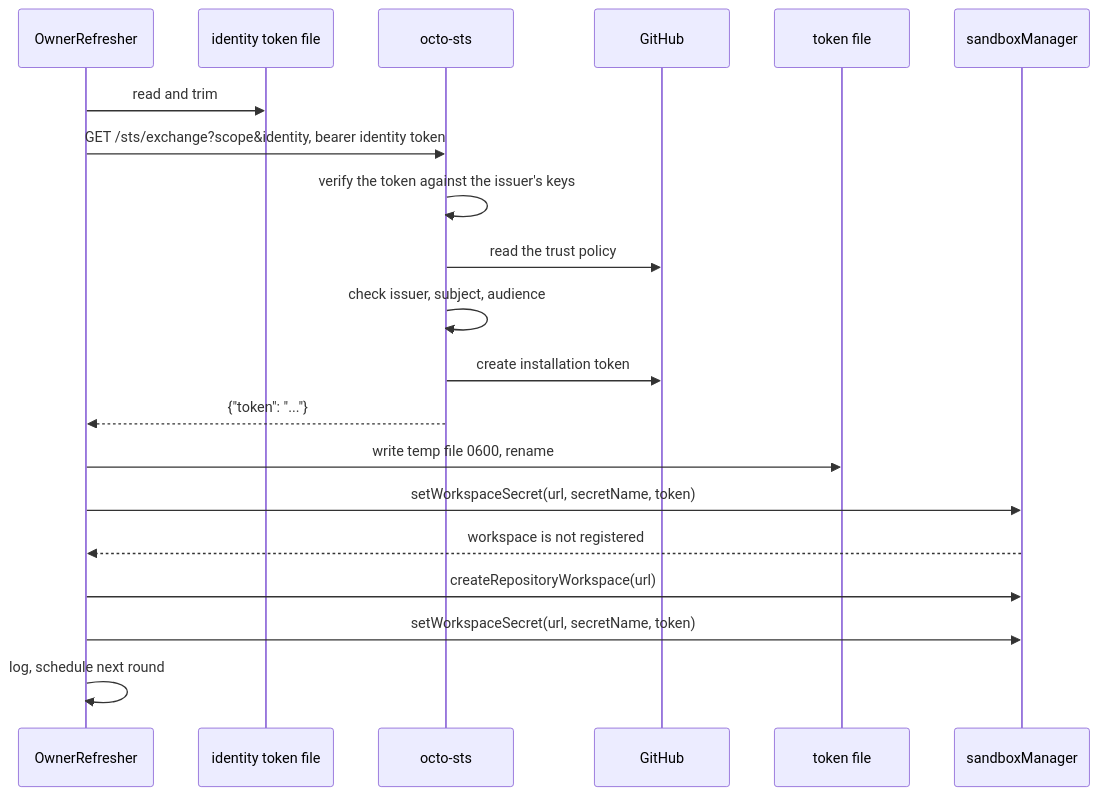
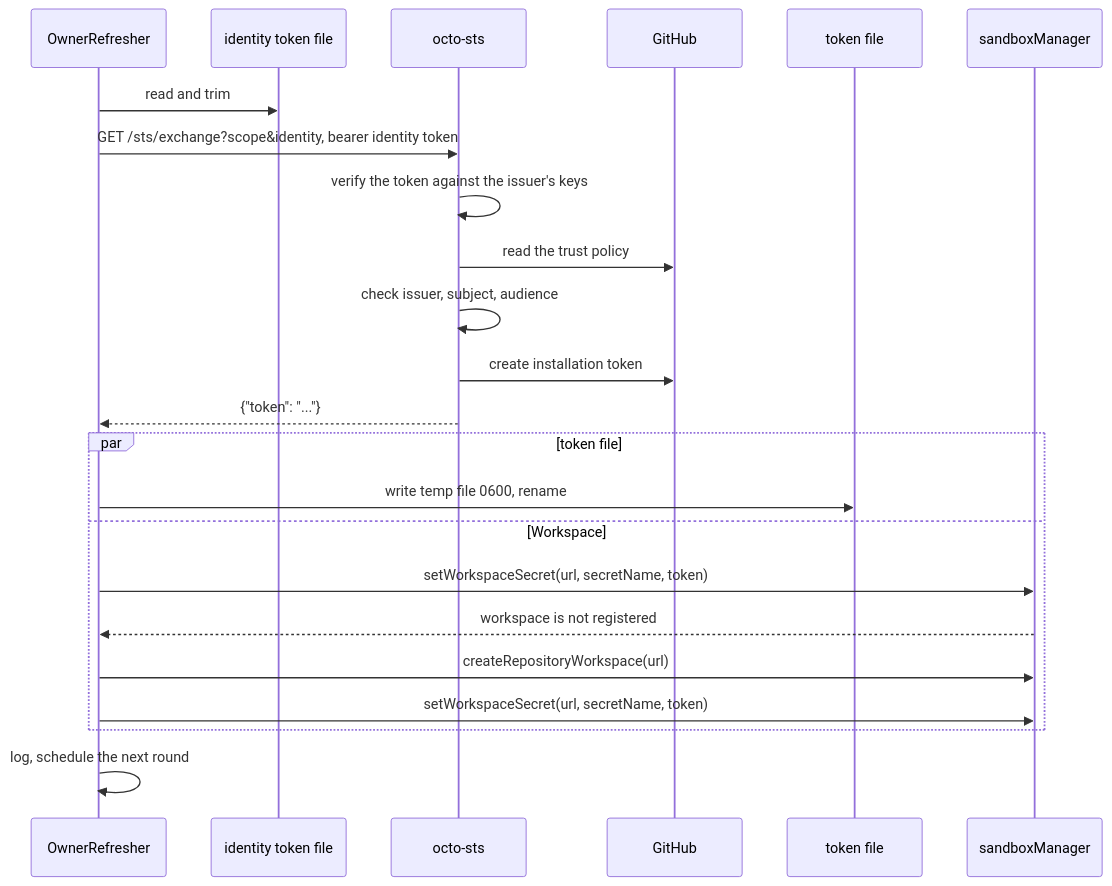
The third of 3 diagrams in docs/architecture.md (lkshrk/dsh-octo-sts), drawn with Mermaid before and after one commit. The commit also changed other lines of this file and 3 other files, not shown here.

````diff
--- a/docs/architecture.md
+++ b/docs/architecture.md
@@ -64,23 +64,26 @@
 ```mermaid
 sequenceDiagram
   participant R as OwnerRefresher
   participant F as identity token file
   participant S as octo-sts
   participant G as GitHub
   participant T as token file
   participant M as sandboxManager
 
   R->>F: read and trim
   R->>S: GET /sts/exchange?scope&identity, bearer identity token
   S->>S: verify the token against the issuer's keys
   S->>G: read the trust policy
   S->>S: check issuer, subject, audience
   S->>G: create installation token
   S-->>R: {"token": "..."}
-  R->>T: write temp file 0600, rename
-  R->>M: setWorkspaceSecret(url, secretName, token)
-  M-->>R: workspace is not registered
-  R->>M: createRepositoryWorkspace(url)
-  R->>M: setWorkspaceSecret(url, secretName, token)
-  R->>R: log, schedule next round
+  par token file
+    R->>T: write temp file 0600, rename
+  and Workspace
+    R->>M: setWorkspaceSecret(url, secretName, token)
+    M-->>R: workspace is not registered
+    R->>M: createRepositoryWorkspace(url)
+    R->>M: setWorkspaceSecret(url, secretName, token)
+  end
+  R->>R: log, schedule the next round
 ```
````
